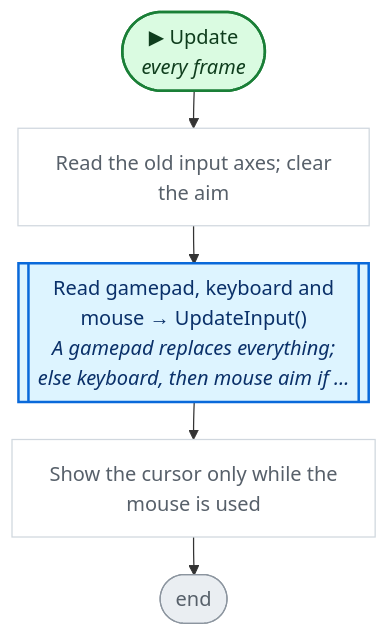
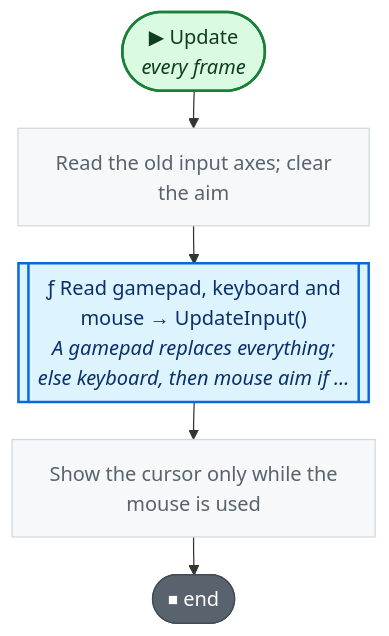
The fourth of 5 diagrams in CodeGraph~/graph/Controller.cs.md (nataiai/Lord-of-the-Dungeon), drawn with Mermaid before and after one commit. The commit also changed other lines of this file and 57 other files, not shown here.

````diff
--- a/CodeGraph~/graph/Controller.cs.md
+++ b/CodeGraph~/graph/Controller.cs.md
@@ -124,37 +126,37 @@
 ```mermaid
 ---
 config:
   flowchart:
     wrappingWidth: 260
     nodeSpacing: 26
     rankSpacing: 30
 ---
 flowchart TD
   nS(["▶ Update<br><i>every frame</i>"])
   n079405["Read the old input axes; clear<br>the aim"]
-  n1926a8[["Read gamepad, keyboard and<br>mouse → UpdateInput()<br><i>A gamepad replaces everything;</i><br><i>else keyboard, then mouse aim if …</i>"]]
+  n1926a8[["ƒ Read gamepad, keyboard and<br>mouse → UpdateInput()<br><i>A gamepad replaces everything;</i><br><i>else keyboard, then mouse aim if …</i>"]]
   nf1f1a2["Show the cursor only while the<br>mouse is used"]
-  nE(["end"])
+  nE(["⏹ end"])
   nS --> n079405
   n079405 --> n1926a8
   n1926a8 --> nf1f1a2
   nf1f1a2 --> nE
   classDef unity fill:#dafbe1,stroke:#1a7f37,stroke-width:2px,color:#0f3d1d
   classDef start fill:#dafbe1,stroke:#1a7f37,stroke-width:2px,color:#0f3d1d
-  classDef calc fill:#ffffff,stroke:#d0d7de,color:#57606a
+  classDef calc fill:#f6f8fa,stroke:#d1d9e0,color:#59636e
   classDef calls fill:#ddf4ff,stroke:#0969da,stroke-width:2px,color:#0a3069
-  classDef ext fill:#ddf4ff,stroke:#0969da,stroke-width:2px,stroke-dasharray:5 3,color:#0a3069
-  classDef cond fill:#fff8c5,stroke:#bf8700,stroke-width:1.5px,color:#3d2a00
-  classDef loop fill:#f6f8fa,stroke:#57606a,color:#1f2328
-  classDef exit fill:#ffebe9,stroke:#cf222e,color:#82071e
+  classDef ext fill:#f6f8fa,stroke:#59636e,stroke-width:1.5px,stroke-dasharray:5 5,color:#1f2328
+  classDef cond fill:#fff8c5,stroke:#9a6700,stroke-width:1.5px,color:#3d2a00
+  classDef loop fill:#fff8c5,stroke:#9a6700,color:#3d2a00
+  classDef wait fill:#fff8c5,stroke:#9a6700,color:#3d2a00
+  classDef exit fill:#59636e,stroke:#424a53,color:#ffffff
+  classDef fin fill:#59636e,stroke:#424a53,color:#ffffff
+  classDef act fill:#ffffff,stroke:#59636e,stroke-width:1.5px,color:#1f2328
   classDef kill fill:#ffebe9,stroke:#cf222e,stroke-width:2px,color:#82071e
-  classDef spawn fill:#dafbe1,stroke:#1a7f37,stroke-width:2px,color:#0f3d1d
-  classDef wait fill:#fff1e5,stroke:#bc4c00,color:#4d1d00
-  classDef fin fill:#eaeef2,stroke:#8c959f,color:#57606a
   classDef join fill:#d0d7de,stroke:#8c959f,color:#57606a
   classDef ghdr fill:#f5f9ff,stroke:#f5f9ff,color:#0a3069,font-weight:bold
   class n079405,nf1f1a2 calc
   class n1926a8 calls
   class nE fin
   class nS unity
 ```
````
